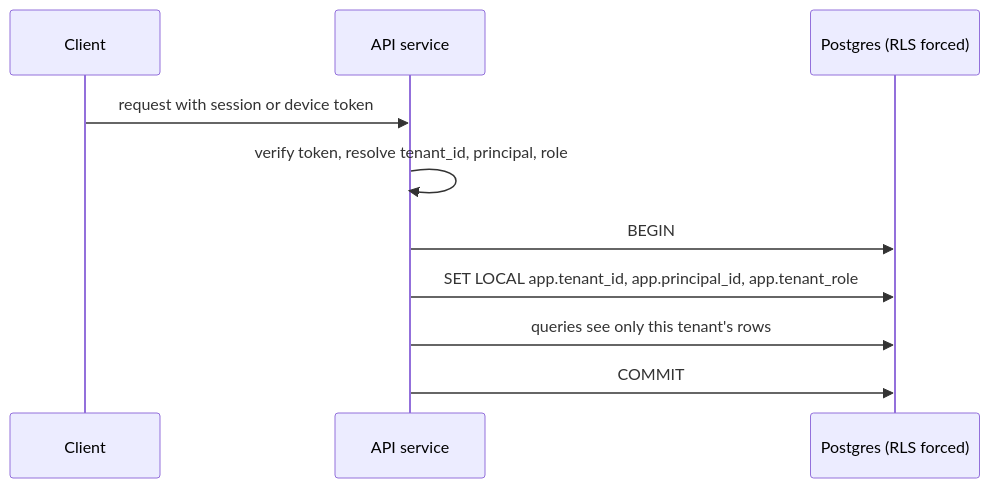
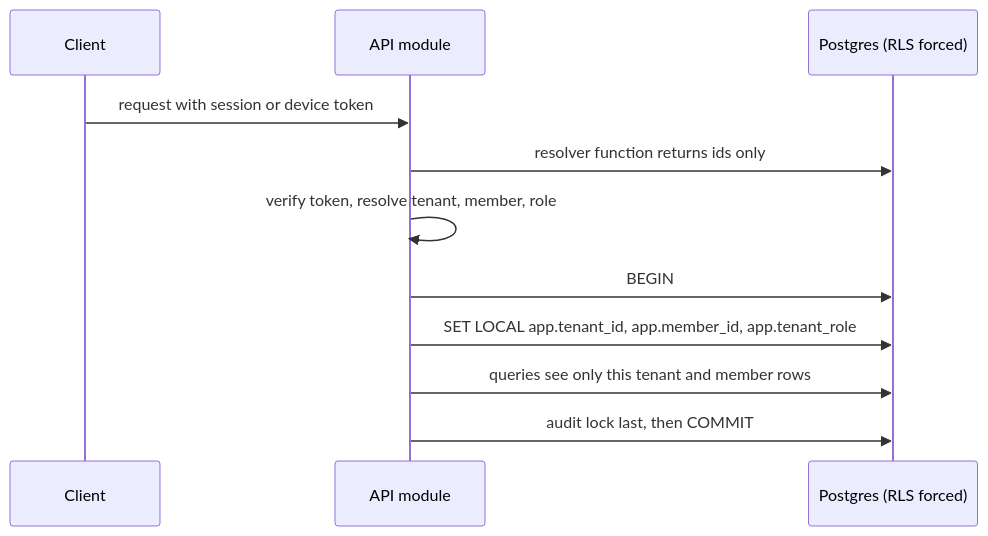
Before and after one commit to tabani-png/offload-v2: diagram 17 of 21 in docs/ARCHITECTURE.md, drawn with Mermaid. The commit also changed other lines of this file and 11 other files, not shown here.

Commit message:
docs: architecture, data model, API, roadmap, open questions OQ-23 to OQ-26, glossary, README, agent rules (Claude Code standing rule)

````diff
--- a/docs/ARCHITECTURE.md
+++ b/docs/ARCHITECTURE.md
@@ -508,12 +753,13 @@
 ```mermaid
 sequenceDiagram
   participant C as Client
-  participant API as API service
+  participant API as API module
   participant PG as Postgres (RLS forced)
   C->>API: request with session or device token
-  API->>API: verify token, resolve tenant_id, principal, role
+  API->>PG: resolver function returns ids only
+  API->>API: verify token, resolve tenant, member, role
   API->>PG: BEGIN
-  API->>PG: SET LOCAL app.tenant_id, app.principal_id, app.tenant_role
-  API->>PG: queries see only this tenant's rows
-  API->>PG: COMMIT
+  API->>PG: SET LOCAL app.tenant_id, app.member_id, app.tenant_role
+  API->>PG: queries see only this tenant and member rows
+  API->>PG: audit lock last, then COMMIT
 ```
````
